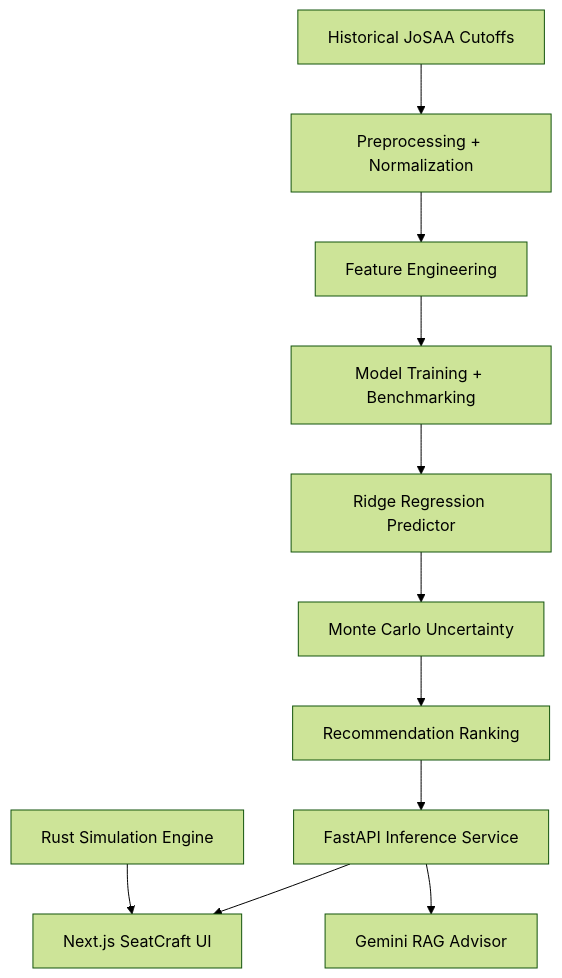
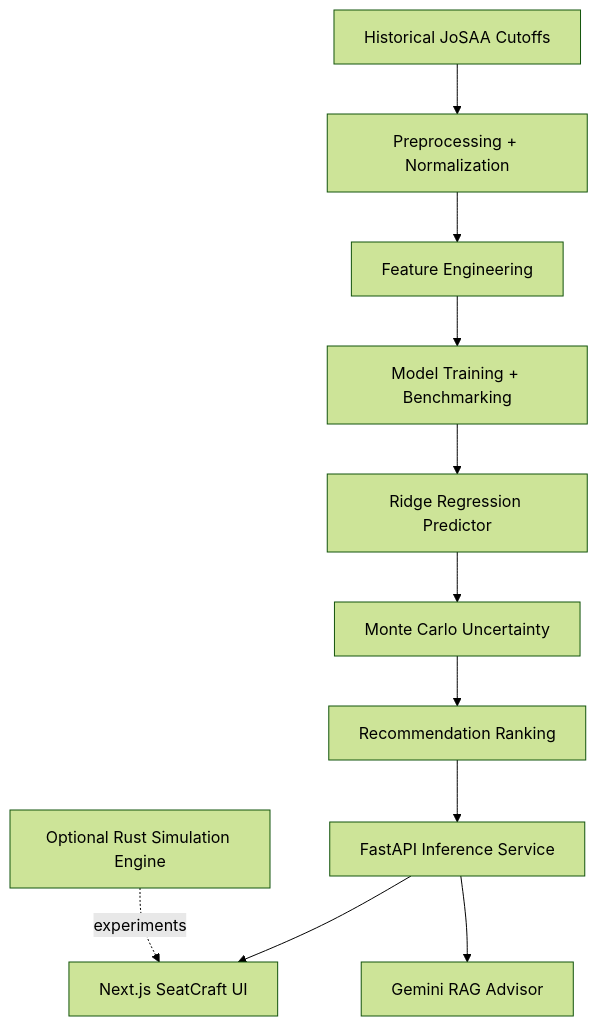
One commit to KrishBnsl/inlui changed the diagram in README.md. Above: the diagram before and after it, drawn with Mermaid (forest theme). The commit also changed other lines of this file and 44 other files, not shown here.

````diff
--- a/README.md
+++ b/README.md
@@ -19,13 +19,13 @@
 ```mermaid
 graph TD
     A[Historical JoSAA Cutoffs] --> B[Preprocessing + Normalization]
     B --> C[Feature Engineering]
     C --> D[Model Training + Benchmarking]
     D --> E[Ridge Regression Predictor]
     E --> F[Monte Carlo Uncertainty]
     F --> G[Recommendation Ranking]
     G --> H[FastAPI Inference Service]
     H --> I[Next.js SeatCraft UI]
     H --> J[Gemini RAG Advisor]
-    K[Rust Simulation Engine] --> I
+    K[Optional Rust Simulation Engine] -. experiments .-> I
 ```
````
